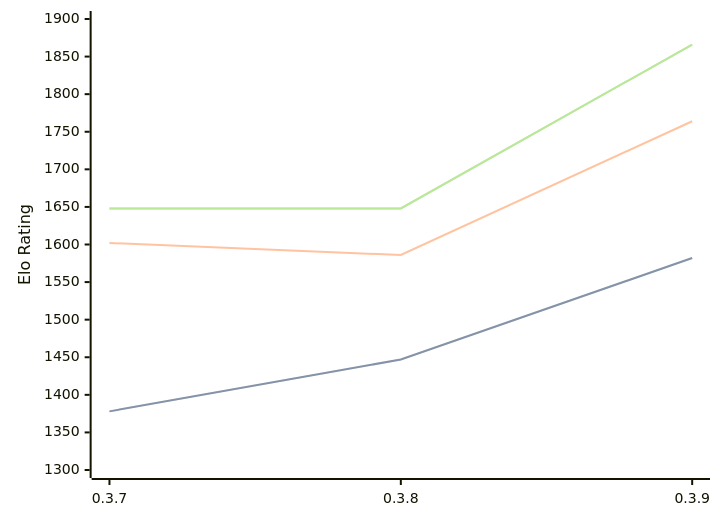
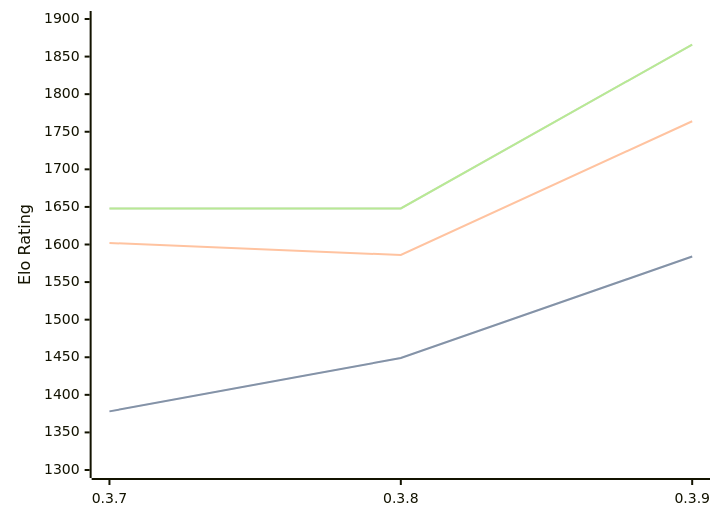
One commit to computer-chess-index/cci changed the diagram in engines/Arche.md. Above: the diagram before and after it, drawn with Mermaid. The commit also changed other lines of this file, not shown here.

````diff
--- a/engines/Arche.md
+++ b/engines/Arche.md
@@ -33,11 +33,11 @@
 ```mermaid
 %%{init: {"theme":"base","themeVariables":{"seriesColors:['#a3a3a3','#222221','#faa371']}}}%%
 xychart-beta
   x-axis ["0.3.7", "0.3.8", "0.3.9"]
   y-axis "Elo Rating" 1300 --> 1900
-  line "STC (8.0+0.08s)" [1378, 1447, 1582]
-  line "STC (8.0+0.08s)" [1378, 1447, 1582]
+  line "STC (8.0+0.08s)" [1378, 1449, 1584]
+  line "STC (8.0+0.08s)" [1378, 1449, 1584]
   line "LTC (60.0+0.60s)" [1602, 1586, 1764]
   line "VLTC (2m24s+1.12s)" [1648, 1648, 1866]
   line "VLTC (2m24s+1.12s)" [1648, 1648, 1866]
 ```
````
